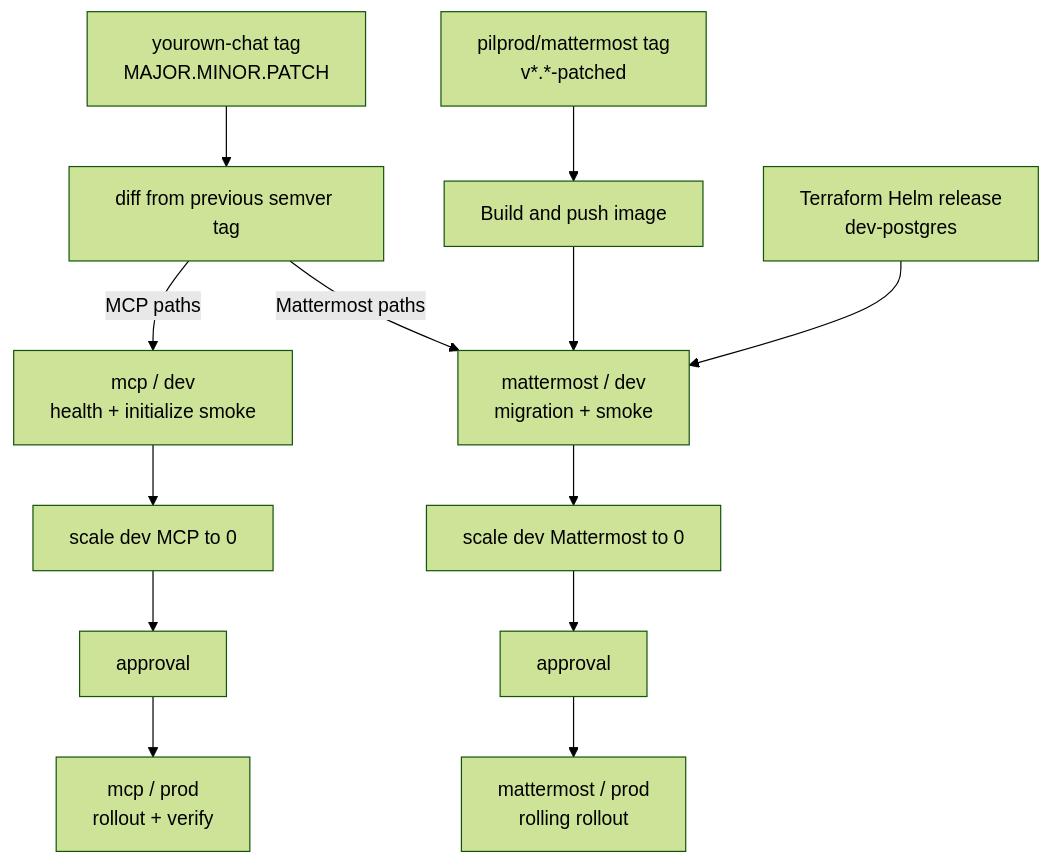
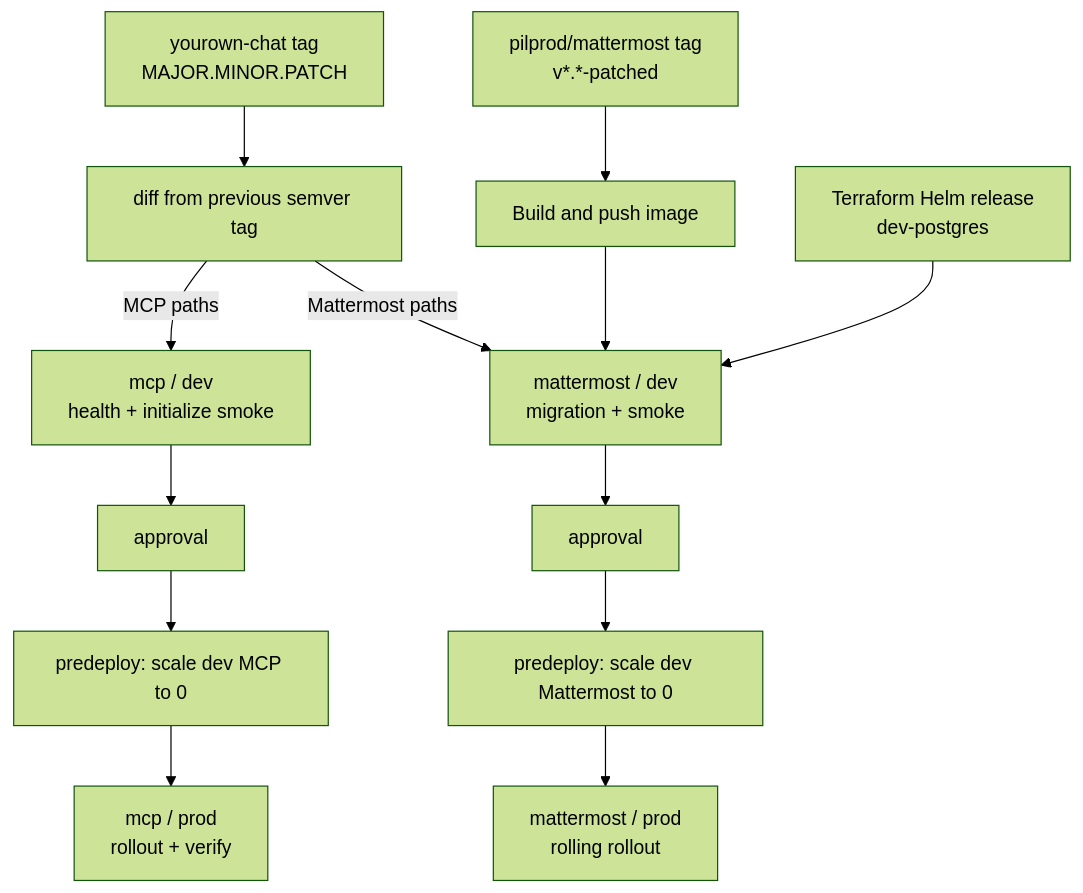
One commit to pilprod/yourown-chat changed the diagram in docs/DEPLOY.md. Above: the diagram before and after it, drawn with Mermaid (forest theme). The commit also changed other lines of this file and 12 other files, not shown here.

Commit message:
fix(docs): update deployment and cleanup processes for Mattermost and MCP

````diff
--- a/docs/DEPLOY.md
+++ b/docs/DEPLOY.md
@@ -9,17 +9,17 @@
 ```mermaid
 flowchart TD
   MT["pilprod/mattermost tag<br/>v*.*-patched"] --> BUILD["Build and push image"]
   BUILD --> MMTEST["mattermost / dev<br/>migration + smoke"]
-  MMTEST --> MMCLEAN["scale dev Mattermost to 0"]
-  MMCLEAN --> MMAPPROVE["approval"]
-  MMAPPROVE --> MMPROD["mattermost / prod<br/>rolling rollout"]
+  MMTEST --> MMAPPROVE["approval"]
+  MMAPPROVE --> MMCLEAN["predeploy: scale dev Mattermost to 0"]
+  MMCLEAN --> MMPROD["mattermost / prod<br/>rolling rollout"]
 
   PT["yourown-chat tag<br/>MAJOR.MINOR.PATCH"] --> DIFF["diff from previous semver tag"]
   DIFF -->|"Mattermost paths"| MMTEST
   DIFF -->|"MCP paths"| MCPDEV["mcp / dev<br/>health + initialize smoke"]
-  MCPDEV --> MCPCLEAN["scale dev MCP to 0"]
-  MCPCLEAN --> MCPAPPROVE["approval"]
-  MCPAPPROVE --> MCPPROD["mcp / prod<br/>rollout + verify"]
+  MCPDEV --> MCPAPPROVE["approval"]
+  MCPAPPROVE --> MCPCLEAN["predeploy: scale dev MCP to 0"]
+  MCPCLEAN --> MCPPROD["mcp / prod<br/>rollout + verify"]
 
   PG["Terraform Helm release<br/>dev-postgres"] --> MMTEST
 ```
````
